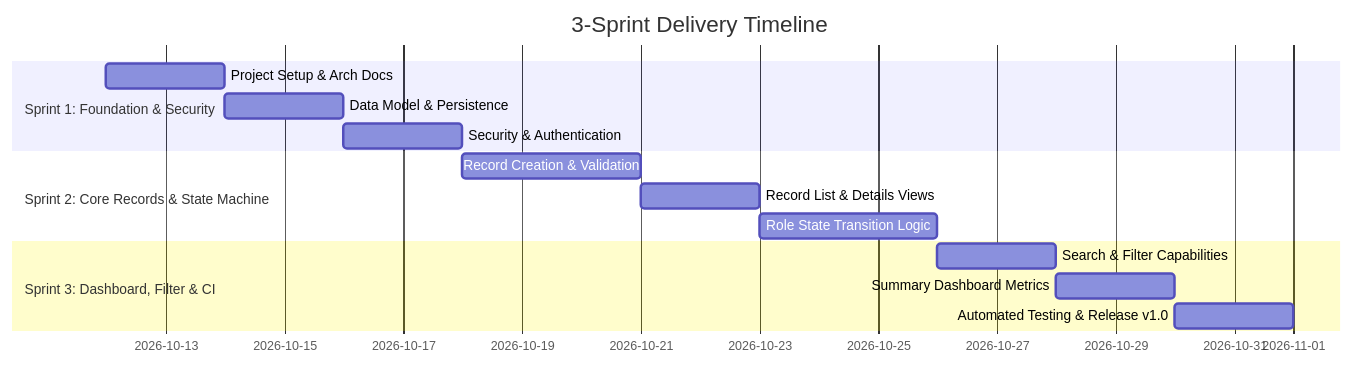
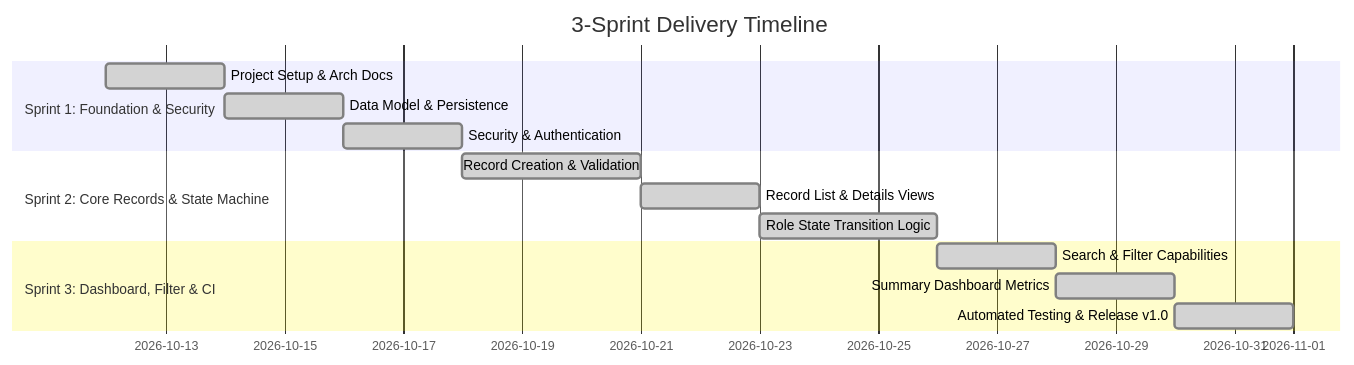
One commit to Vedanti1703/devops changed the diagram in docs/02-agile-plan.md. Above: the diagram before and after it, drawn with Mermaid. The commit also changed other lines of this file and 2 other files, not shown here.

````diff
--- a/docs/02-agile-plan.md
+++ b/docs/02-agile-plan.md
@@ -176,17 +181,17 @@
 ```mermaid
 gantt
     title 3-Sprint Delivery Timeline
     dateFormat  YYYY-MM-DD
     section Sprint 1: Foundation & Security
-    Project Setup & Arch Docs       :2026-10-12, 2d
-    Data Model & Persistence        :2026-10-14, 2d
-    Security & Authentication       :2026-10-16, 2d
+    Project Setup & Arch Docs       :done, 2026-10-12, 2d
+    Data Model & Persistence        :done, 2026-10-14, 2d
+    Security & Authentication       :done, 2026-10-16, 2d
     section Sprint 2: Core Records & State Machine
-    Record Creation & Validation    :2026-10-18, 3d
-    Record List & Details Views     :2026-10-21, 2d
-    Role State Transition Logic     :2026-10-23, 3d
+    Record Creation & Validation    :done, 2026-10-18, 3d
+    Record List & Details Views     :done, 2026-10-21, 2d
+    Role State Transition Logic     :done, 2026-10-23, 3d
     section Sprint 3: Dashboard, Filter & CI
-    Search & Filter Capabilities    :2026-10-26, 2d
-    Summary Dashboard Metrics       :2026-10-28, 2d
-    Automated Testing & Release v1.0:2026-10-30, 2d
+    Search & Filter Capabilities    :done, 2026-10-26, 2d
+    Summary Dashboard Metrics       :done, 2026-10-28, 2d
+    Automated Testing & Release v1.0:done, 2026-10-30, 2d
 ```
````
